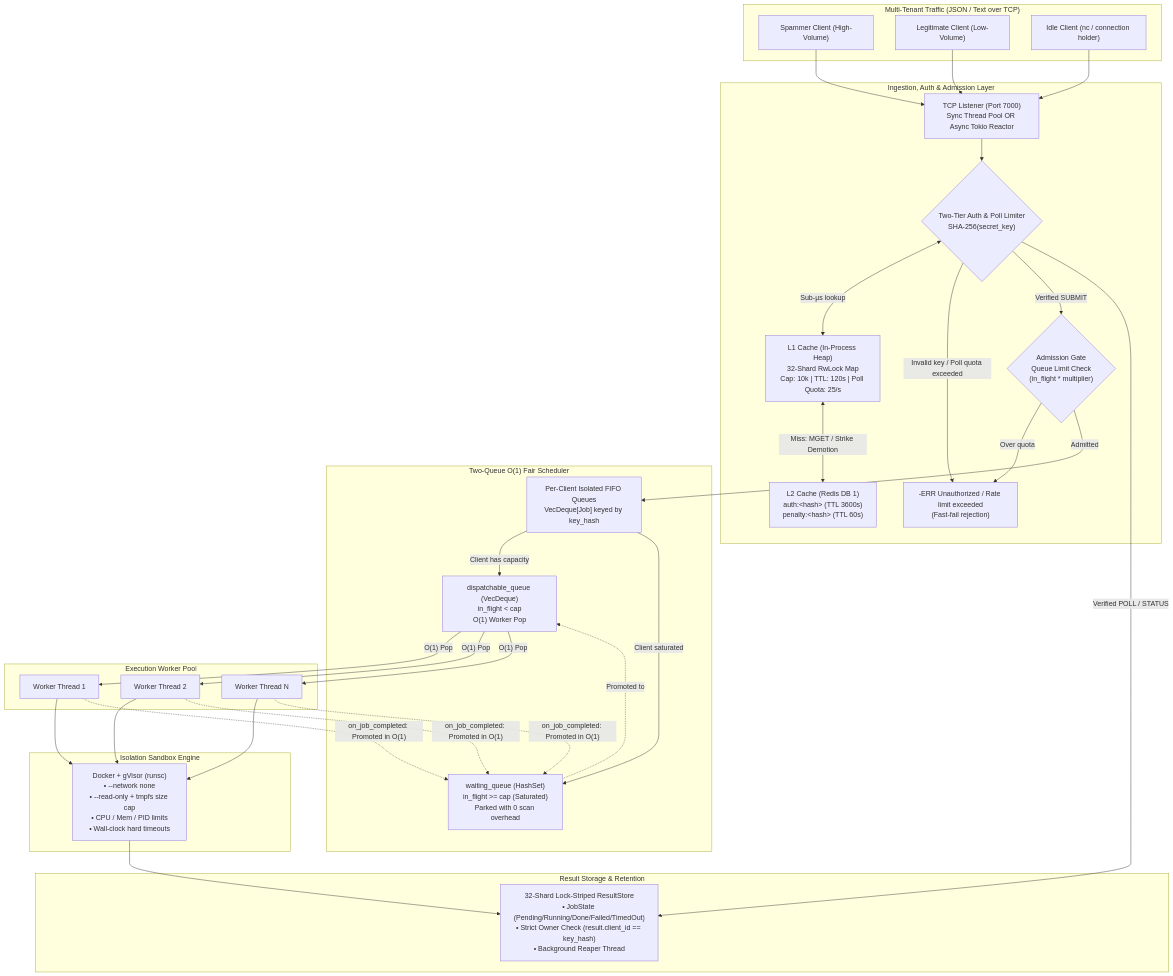
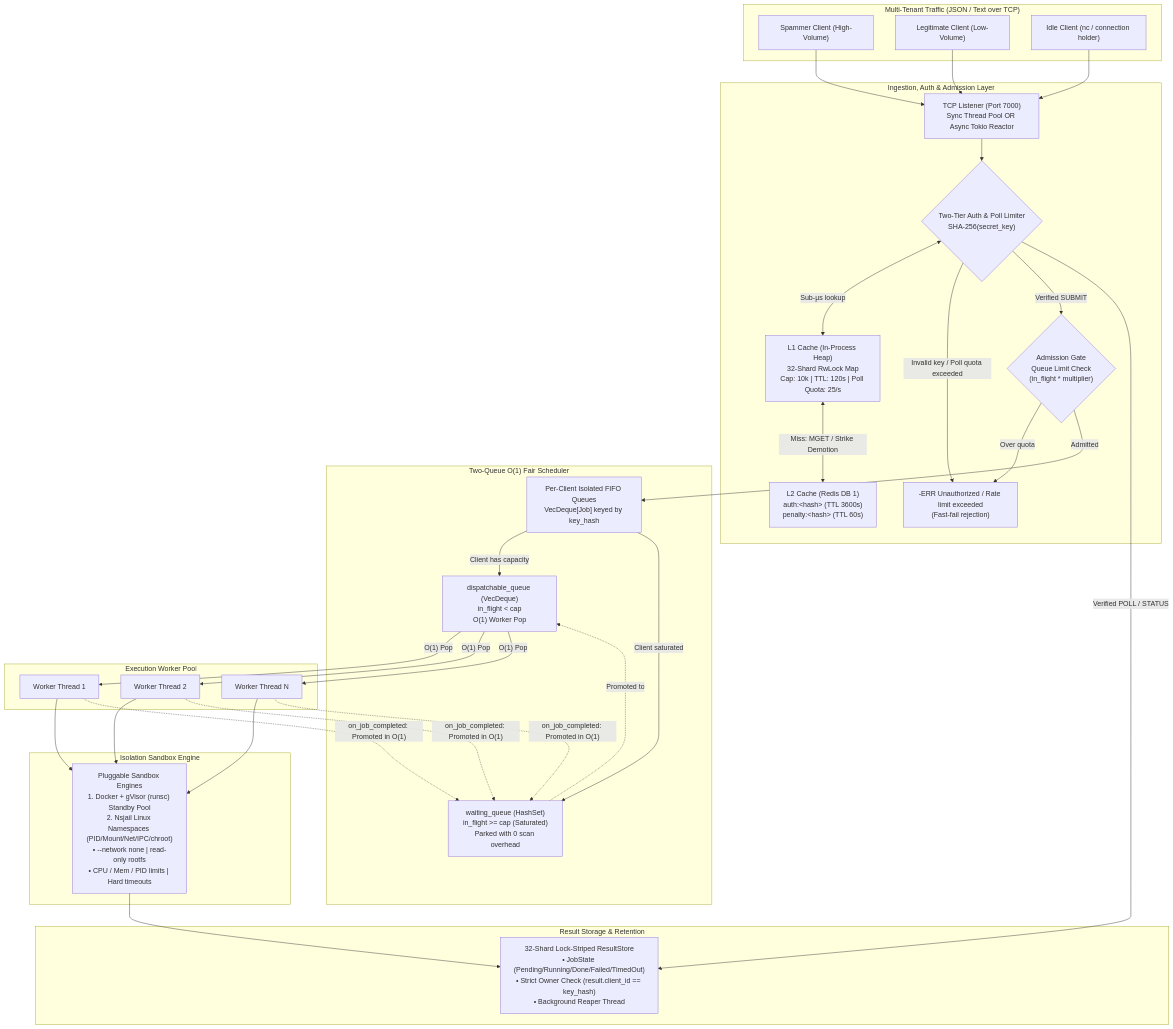
One commit to Chinmay-Mahajan/Distributed_Job_system_non_blocking changed the first of 2 diagrams in README.md. Above: the diagram before and after it, drawn with Mermaid. The commit also changed other lines of this file and 12 other files, not shown here.

````diff
--- a/README.md
+++ b/README.md
@@ -20,57 +20,57 @@
 ```mermaid
 flowchart TD
     subgraph Clients["Multi-Tenant Traffic (JSON / Text over TCP)"]
         C1["Spammer Client (High-Volume)"]
         C2["Legitimate Client (Low-Volume)"]
         C3["Idle Client (nc / connection holder)"]
     end
 
     subgraph Ingress["Ingestion, Auth & Admission Layer"]
         TCP["TCP Listener (Port 7000)<br/>Sync Thread Pool OR Async Tokio Reactor"]
         Auth{"Two-Tier Auth & Poll Limiter<br/>SHA-256(secret_key)"}
         L1["L1 Cache (In-Process Heap)<br/>32-Shard RwLock Map<br/>Cap: 10k | TTL: 120s | Poll Quota: 25/s"]
         L2["L2 Cache (Redis DB 1)<br/>auth:&lt;hash&gt; (TTL 3600s)<br/>penalty:&lt;hash&gt; (TTL 60s)"]
         Gate{"Admission Gate<br/>Queue Limit Check<br/>(in_flight * multiplier)"}
         Reject["-ERR Unauthorized / Rate limit exceeded<br/>(Fast-fail rejection)"]
     end
 
     subgraph Scheduler["Two-Queue O(1) Fair Scheduler"]
         DQ["dispatchable_queue (VecDeque)<br/>in_flight &lt; cap<br/>O(1) Worker Pop"]
         WQ["waiting_queue (HashSet)<br/>in_flight &gt;= cap (Saturated)<br/>Parked with 0 scan overhead"]
         Queues["Per-Client Isolated FIFO Queues<br/>VecDeque[Job] keyed by key_hash"]
     end
 
     subgraph Workers["Execution Worker Pool"]
         W1["Worker Thread 1"]
         W2["Worker Thread 2"]
         WN["Worker Thread N"]
     end
 
     subgraph Sandboxes["Isolation Sandbox Engine"]
-        SB["Docker + gVisor (runsc)<br/>• --network none<br/>• --read-only + tmpfs size cap<br/>• CPU / Mem / PID limits<br/>• Wall-clock hard timeouts"]
+        SB["Pluggable Sandbox Engines<br/>1. Docker + gVisor (runsc) Standby Pool<br/>2. Nsjail Linux Namespaces (PID/Mount/Net/IPC/chroot)<br/>• --network none | read-only rootfs<br/>• CPU / Mem / PID limits | Hard timeouts"]
     end
 
     subgraph Storage["Result Storage & Retention"]
         RS["32-Shard Lock-Striped ResultStore<br/>• JobState (Pending/Running/Done/Failed/TimedOut)<br/>• Strict Owner Check (result.client_id == key_hash)<br/>• Background Reaper Thread"]
     end
 
     C1 & C2 & C3 --> TCP
     TCP --> Auth
     Auth <-->|"Sub-µs lookup"| L1
     L1 <-->|"Miss: MGET / Strike Demotion"| L2
     Auth -->|"Invalid key / Poll quota exceeded"| Reject
     Auth -->|"Verified SUBMIT"| Gate
     Auth -->|"Verified POLL / STATUS"| RS
     Gate -->|"Over quota"| Reject
     Gate -->|"Admitted"| Queues
 
     Queues -->|"Client has capacity"| DQ
     Queues -->|"Client saturated"| WQ
 
     DQ -->|"O(1) Pop"| W1 & W2 & WN
     W1 & W2 & WN --> SB
     SB --> RS
 
     W1 & W2 & WN -.->|"on_job_completed: Promoted in O(1)"| WQ
     WQ -.->|"Promoted to"| DQ
 ```
````
